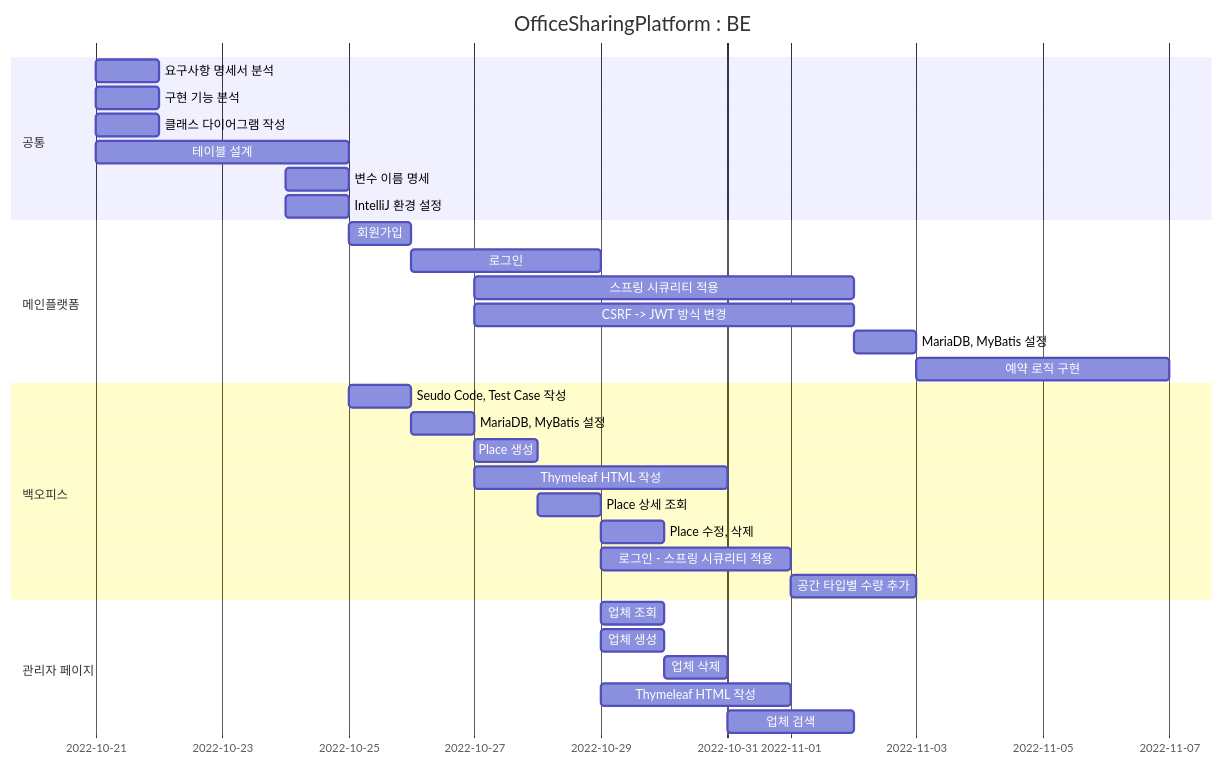
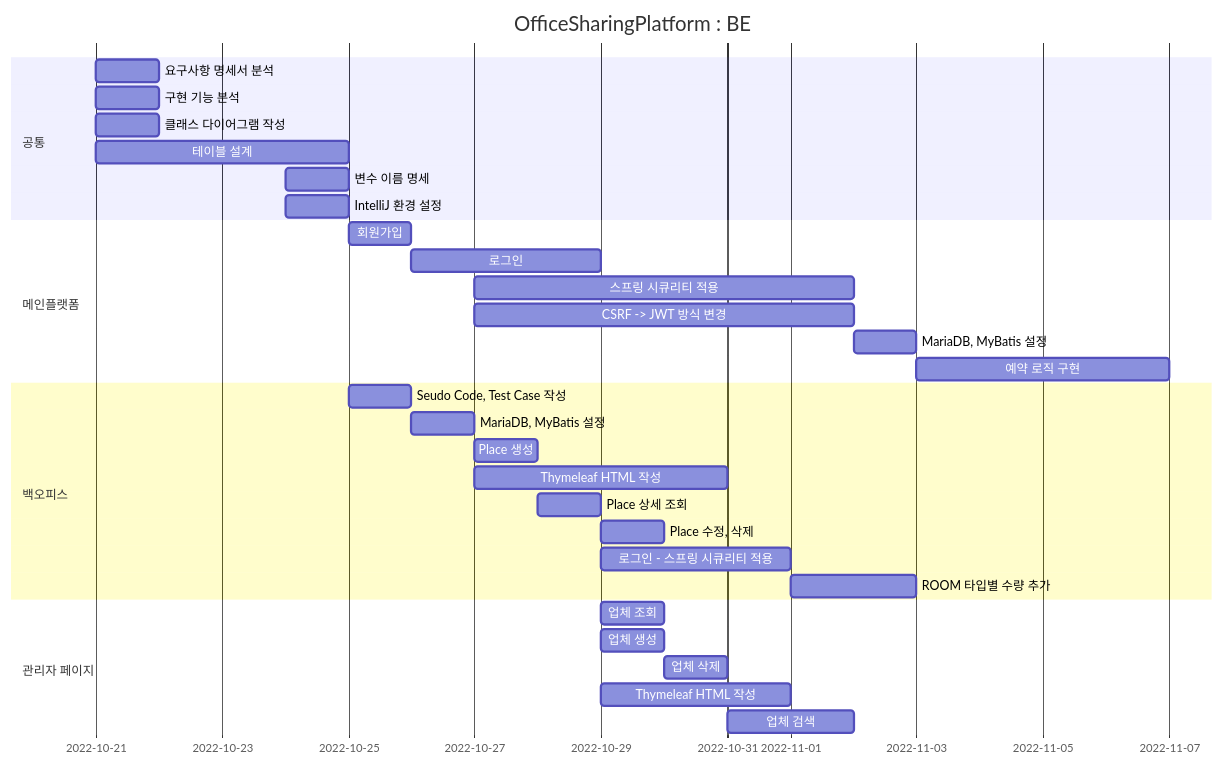
One commit to Hell-O-Demon-World/semi-OfficeSharingPlatform changed the diagram in README.md. Above: the diagram before and after it, drawn with Mermaid.

Commit message:
update : README

````diff
--- a/README.md
+++ b/README.md
@@ -9,39 +9,39 @@
 ```mermaid
 gantt
 dateFormat MM-DD
 title OfficeSharingPlatform : BE
 
     section 공통
     요구사항 명세서 분석      :chap1, 10-21, 1d
     구현 기능 분석          :chap2, 10-21, 1d
     클래스 다이어그램 작성    :chap3, 10-21, 1d 
     테이블 설계            :chap4, 10-21, 4d
     변수 이름 명세          :chap5, 10-24, 1d
     IntelliJ 환경 설정     :chap6, 10-24, 1d
 
     section 메인플랫폼
     회원가입                :chap1, 10-25, 1d
     로그인                 :chap2, 10-26, 3d
     스프링 시큐리티 적용       :chap3, 10-27, 6d
     CSRF -> JWT 방식 변경   :chap4, 10-27, 6d
     MariaDB, MyBatis 설정 :chap5, 11-02, 1d
     예약 로직 구현           :chap6, 11-03, 4d
     
     section 백오피스
     Seudo Code, Test Case 작성    :chap1, 10-25, 1d
     MariaDB, MyBatis 설정         :chap2, 10-26, 1d
     Place 생성                    :chap3, 10-27, 1d
     Thymeleaf HTML 작성           :chap4, 10-27, 4d
     Place 상세 조회                :chap5, 10-28, 1d
     Place 수정, 삭제               :chap6, 10-29, 1d
     로그인 - 스프링 시큐리티 적용       :chap7, 10-29, 3d
-    공간 타입별 수량 추가             :chap8, 11-01, 2d
+    ROOM 타입별 수량 추가            :chap8, 11-01, 2d
     
     section 관리자 페이지
     업체 조회              :chap1, 10-29, 1d
     업체 생성              :chap2, 10-29, 1d
     업체 삭제              :chap3, 10-30, 1d
     Thymeleaf HTML 작성   :chap4, 10-29, 3d
     업체 검색              :chap5, 10-31, 2d
     
 ```
````
